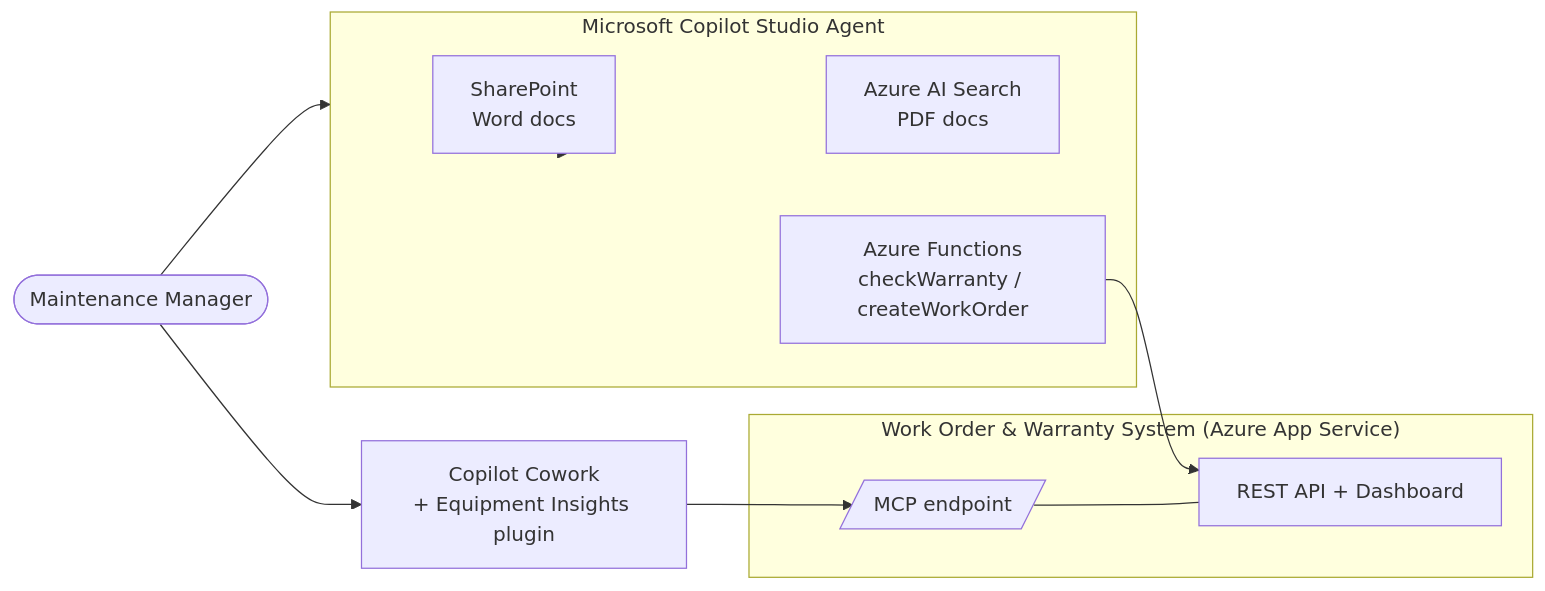
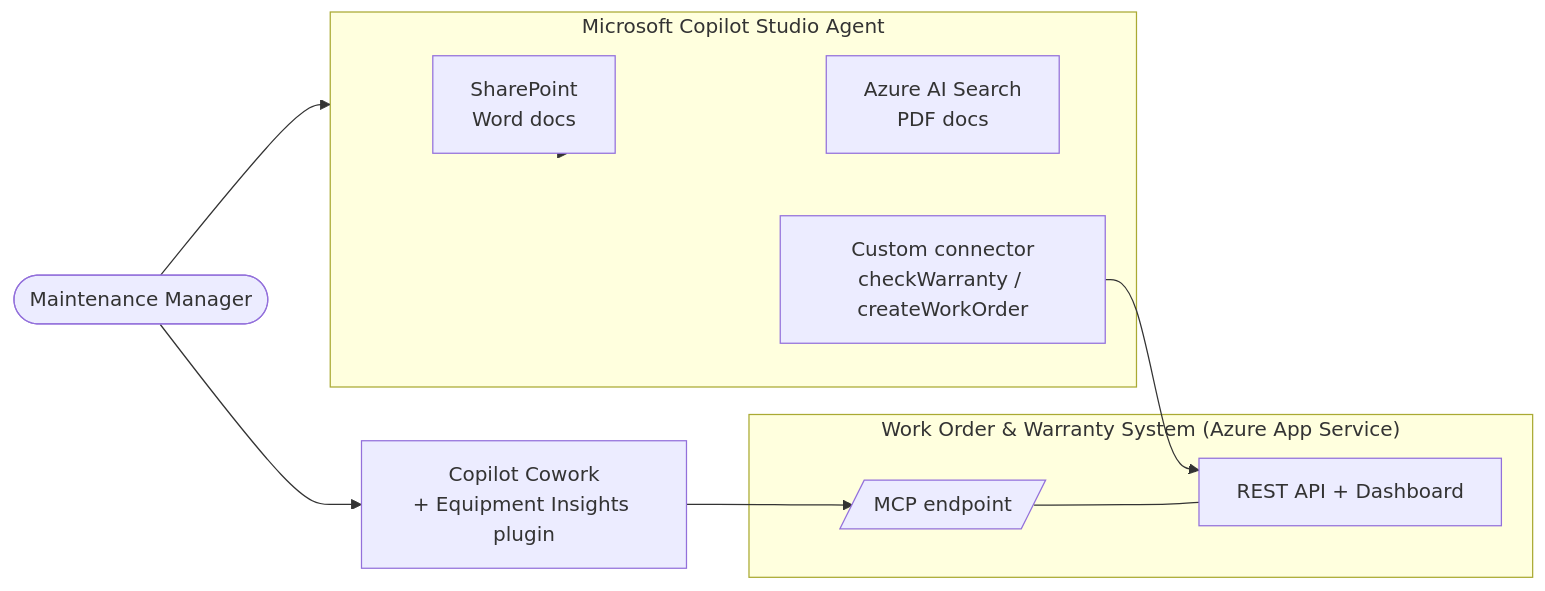
The diagram in README.md (cristianoag/aiacceleratordemo), drawn with Mermaid before and after one commit. The commit also changed other lines of this file, not shown here.

Commit message:
feat: update demo guide to clarify AI-assisted development and connector usage

````diff
--- a/README.md
+++ b/README.md
@@ -20,25 +20,25 @@
 ```mermaid
 flowchart LR
     User([Maintenance Manager])
 
     subgraph Copilot["Microsoft Copilot Studio Agent"]
       KB1[SharePoint<br/>Word docs]
       KB2[Azure AI Search<br/>PDF docs]
-      FN[Azure Functions<br/>checkWarranty / createWorkOrder]
+      FN[Custom connector<br/>checkWarranty / createWorkOrder]
     end
 
     subgraph System["Work Order & Warranty System (Azure App Service)"]
       API[REST API + Dashboard]
       MCP[/MCP endpoint/]
     end
 
     Cowork["Copilot Cowork<br/>+ Equipment Insights plugin"]
 
     User --> Copilot
     Copilot --> KB1
     Copilot --> KB2
     FN --> API
     User --> Cowork
     Cowork --> MCP
     MCP --- API
 ```
````
